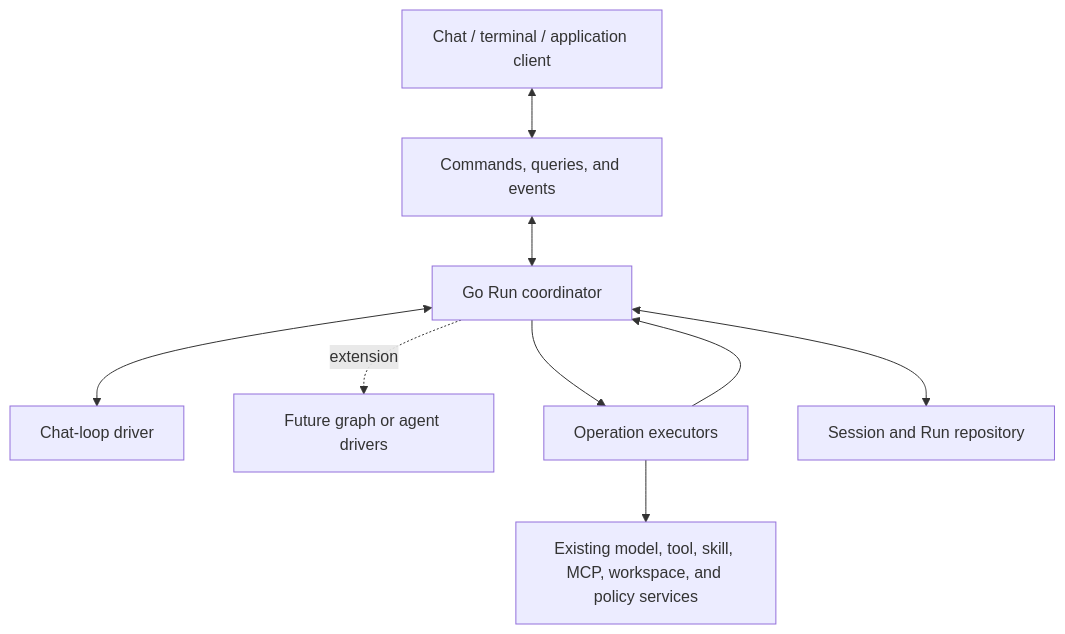
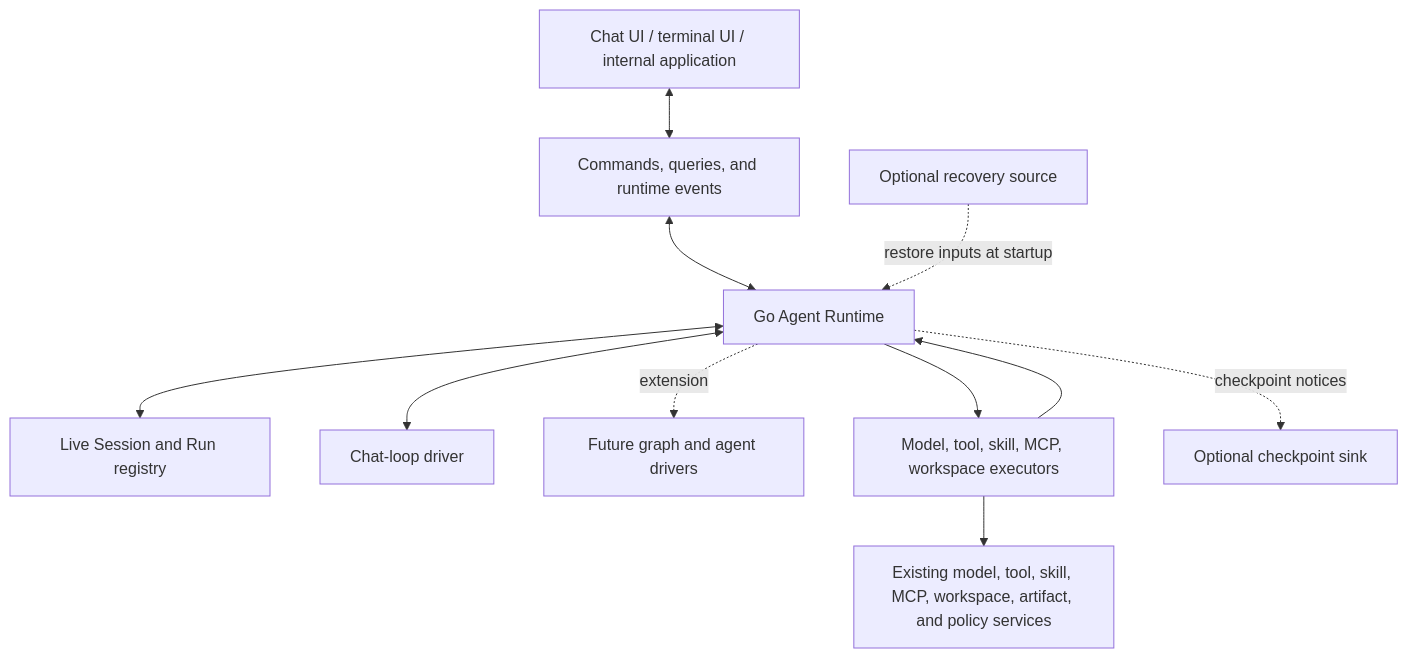
Before and after one commit to flexigpt/flexigpt-app: the diagram in devdocs/requirements/agent_runtime.md, drawn with Mermaid. The commit also changed other lines of this file, not shown here.

````diff
--- a/devdocs/requirements/agent_runtime.md
+++ b/devdocs/requirements/agent_runtime.md
@@ -147,20 +229,29 @@
 ```mermaid
 flowchart TB
-    UI["Chat / terminal / application client"]
-    API["Commands, queries, and events"]
-    Coordinator["Go Run coordinator"]
+    Client["Chat UI / terminal UI / internal application"]
+    API["Commands, queries, and runtime events"]
+
+    Runtime["Go Agent Runtime"]
+    Registry["Live Session and Run registry"]
     Driver["Chat-loop driver"]
-    Future["Future graph or agent drivers"]
-    Executors["Operation executors"]
-    Services["Existing model, tool, skill, MCP, workspace, and policy services"]
-    Store["Session and Run repository"]
+    FutureDrivers["Future graph and agent drivers"]
+    Executors["Model, tool, skill, MCP, workspace executors"]
 
-    UI <--> API
-    API <--> Coordinator
-    Coordinator <--> Store
-    Coordinator <--> Driver
-    Coordinator -. extension .-> Future
-    Coordinator --> Executors
+    Services["Existing model, tool, skill, MCP, workspace, artifact, and policy services"]
+
+    Checkpoint["Optional checkpoint sink"]
+    Recovery["Optional recovery source"]
+
+    Client <--> API
+    API <--> Runtime
+
+    Runtime <--> Registry
+    Runtime <--> Driver
+    Runtime -. extension .-> FutureDrivers
+    Runtime --> Executors
     Executors --> Services
-    Executors --> Coordinator
+    Executors --> Runtime
+
+    Runtime -. checkpoint notices .-> Checkpoint
+    Recovery -. restore inputs at startup .-> Runtime
 ```
````
